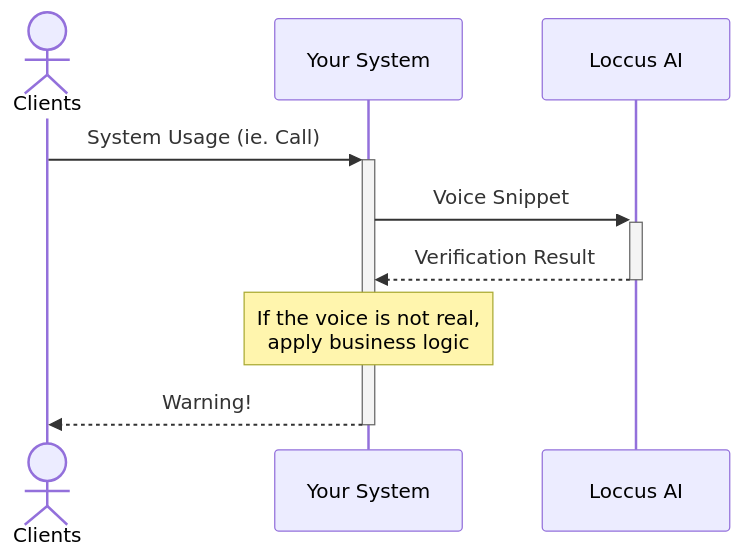
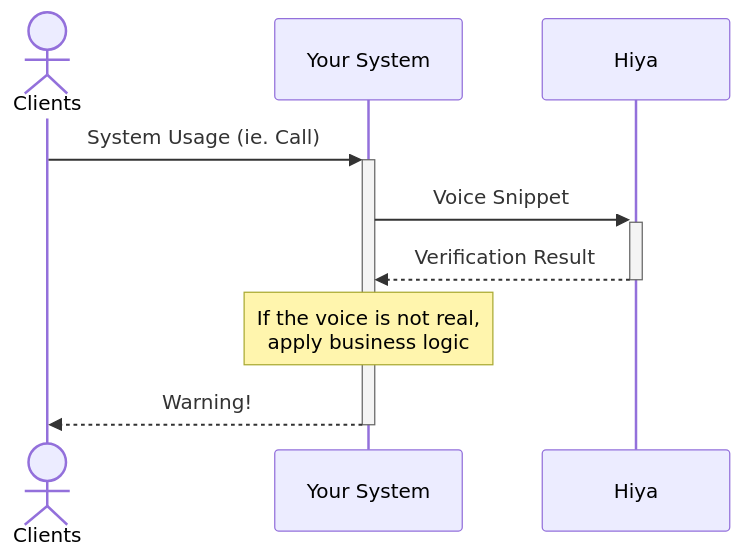
Before and after one commit to Victor-Hiya/docs: the diagram in use-cases/authenticity/basic-authenticity-use-case.mdx, drawn with Mermaid. The commit also changed other lines of this file and 19 other files, not shown here.

````diff
--- a/use-cases/authenticity/basic-authenticity-use-case.mdx
+++ b/use-cases/authenticity/basic-authenticity-use-case.mdx
@@ -22,9 +22,9 @@
 ```mermaid
 sequenceDiagram
     actor Clients
     Clients->>+Your System: System Usage (ie. Call)
-    Your System->>+Loccus AI: Voice Snippet
-    Loccus AI-->>-Your System: Verification Result
+    Your System->>+Hiya: Voice Snippet
+    Hiya-->>-Your System: Verification Result
     Note over Your System: If the voice is not real, <br>apply business logic
     Your System-->>-Clients: Warning!
 ```
````
